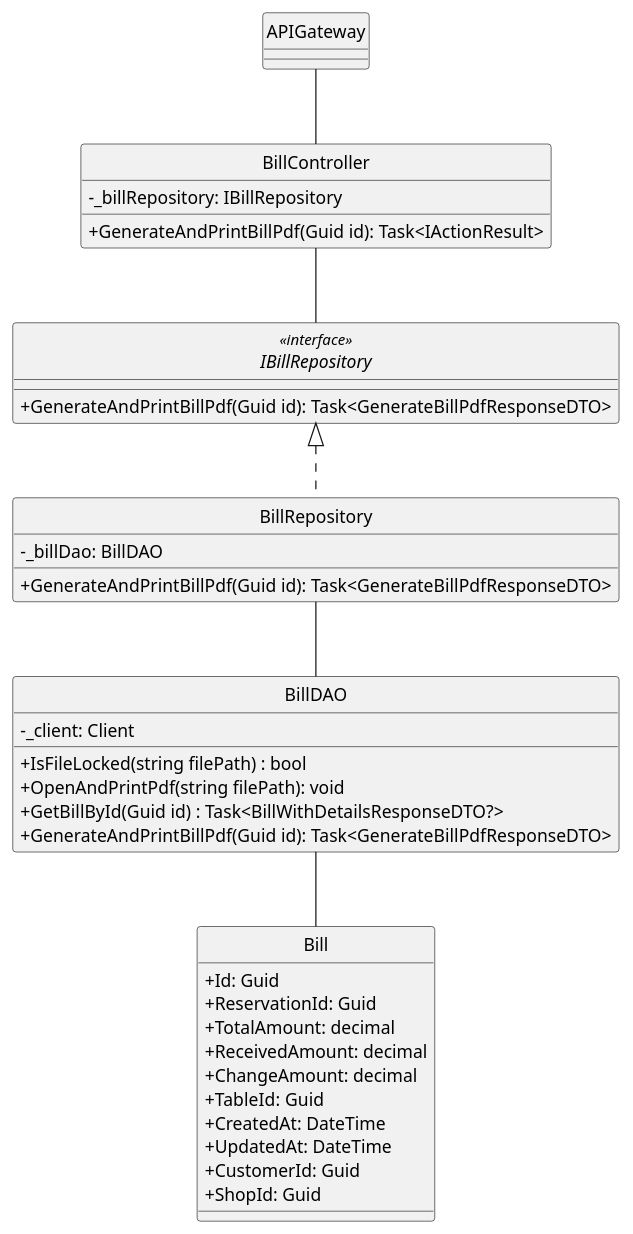
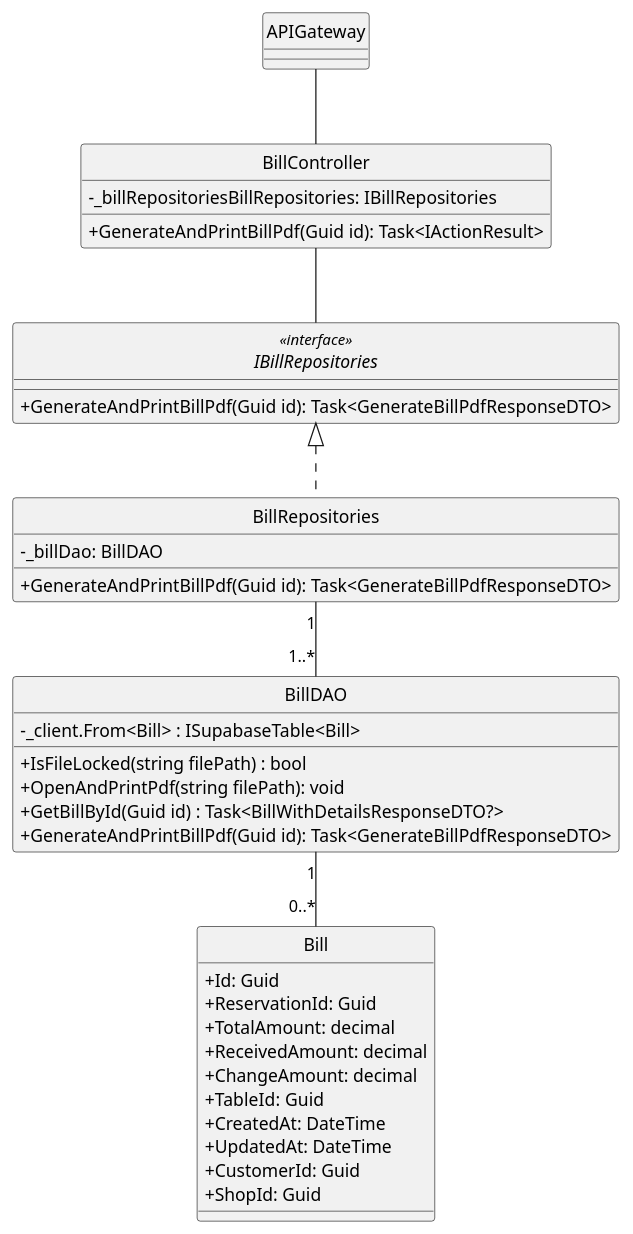
Before and after one commit to minhnhut23/FPT-OBOMS: the diagram in docs/ClassDiagram/Bill/PrintPDF/GenerateAndPrintBillPdf.plantuml, drawn with PlantUML. The commit also changed 10 other files, not shown here.

Commit message:
sequence diagram for bill feature

```diff
--- a/docs/ClassDiagram/Bill/PrintPDF/GenerateAndPrintBillPdf.plantuml
+++ b/docs/ClassDiagram/Bill/PrintPDF/GenerateAndPrintBillPdf.plantuml
@@ -1,50 +1,50 @@
 @startuml
 hide circle
 skinparam classAttributeIconSize 0
 
 class APIGateway {
 }
 
 class BillController {
-    - _billRepository: IBillRepository
+    - _billRepositoriesBillRepositories: IBillRepositories
     + GenerateAndPrintBillPdf(Guid id): Task<IActionResult>
 }
 
-interface IBillRepository<<interface>> {
+interface IBillRepositories<<interface>> {
     + GenerateAndPrintBillPdf(Guid id): Task<GenerateBillPdfResponseDTO>
 }
 
-class BillRepository {
+class BillRepositories {
     - _billDao: BillDAO
     + GenerateAndPrintBillPdf(Guid id): Task<GenerateBillPdfResponseDTO>
 }
 
 class BillDAO {
-    - _client: Client
+    - _client.From<Bill> : ISupabaseTable<Bill>
     + IsFileLocked(string filePath) : bool
     + OpenAndPrintPdf(string filePath): void
     + GetBillById(Guid id) : Task<BillWithDetailsResponseDTO?> 
     + GenerateAndPrintBillPdf(Guid id): Task<GenerateBillPdfResponseDTO>
 }
 
 class Bill {
     + Id: Guid
     + ReservationId: Guid
     + TotalAmount: decimal
     + ReceivedAmount: decimal
     + ChangeAmount: decimal
     + TableId: Guid
     + CreatedAt: DateTime
     + UpdatedAt: DateTime
     + CustomerId: Guid
     + ShopId: Guid
 }
 
 APIGateway -- BillController
-BillController -- IBillRepository
-IBillRepository <|.. BillRepository
-BillRepository -- BillDAO
-BillDAO -- Bill
+BillController -- IBillRepositories
+IBillRepositories <|.. BillRepositories
+BillRepositories "1" -- "1..*" BillDAO
+BillDAO "1" -- "0..*" Bill
 
 
 @enduml
```
